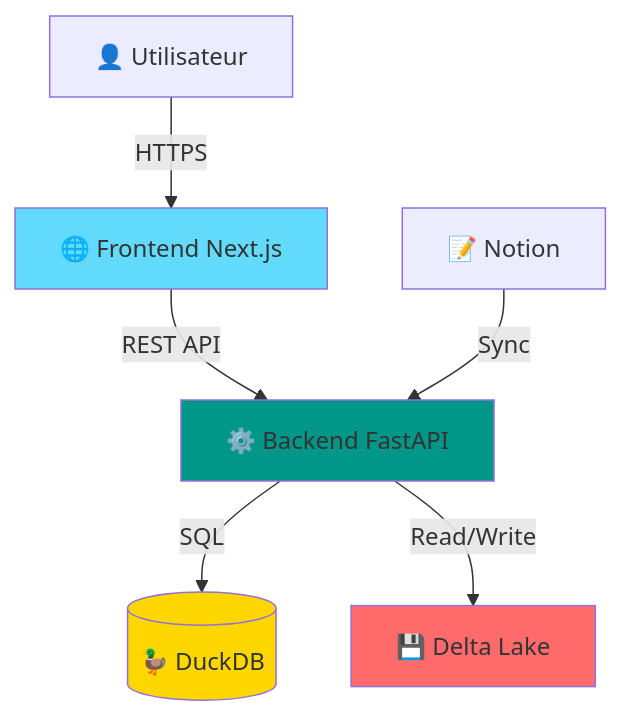
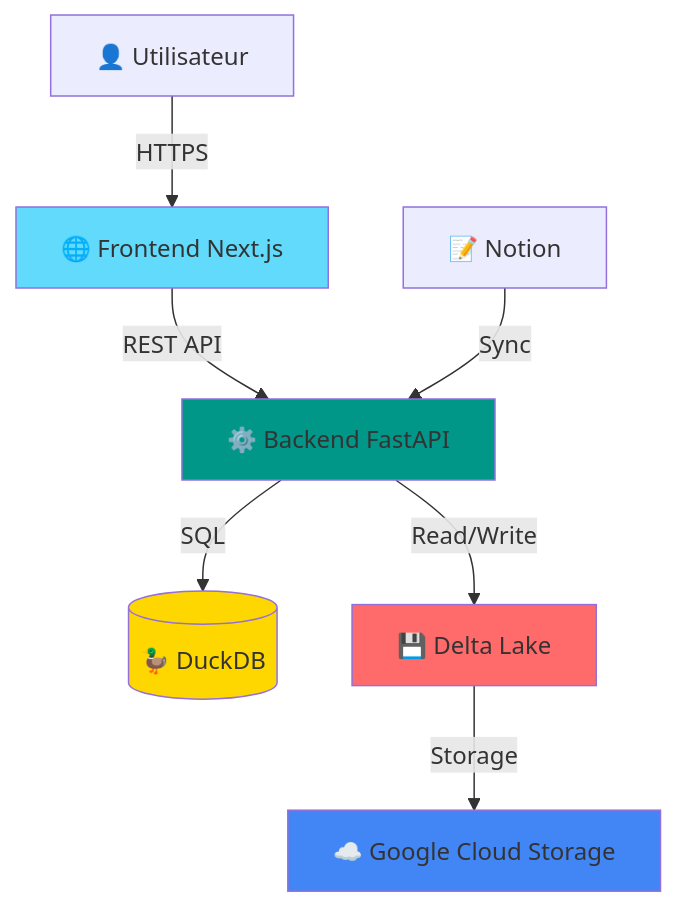
Before and after one commit to JonathanNdambaPro/Lead-Analytics-Dashboard: the first of 5 diagrams in docs/architecture.md, drawn with Mermaid. The commit also changed other lines of this file and 4 other files, not shown here.

````diff
--- a/docs/architecture.md
+++ b/docs/architecture.md
@@ -7,13 +7,15 @@
 ```mermaid
 graph TB
     User[👤 Utilisateur] -->|HTTPS| Frontend[🌐 Frontend Next.js]
     Frontend -->|REST API| Backend[⚙️ Backend FastAPI]
     Backend -->|SQL| DuckDB[(🦆 DuckDB)]
     Backend -->|Read/Write| DeltaLake[💾 Delta Lake]
+    DeltaLake -->|Storage| GCS[☁️ Google Cloud Storage]
     Notion[📝 Notion] -->|Sync| Backend
 
     style Frontend fill:#61dafb
     style Backend fill:#009688
     style DuckDB fill:#ffd700
     style DeltaLake fill:#ff6b6b
+    style GCS fill:#4285f4
 ```
````
